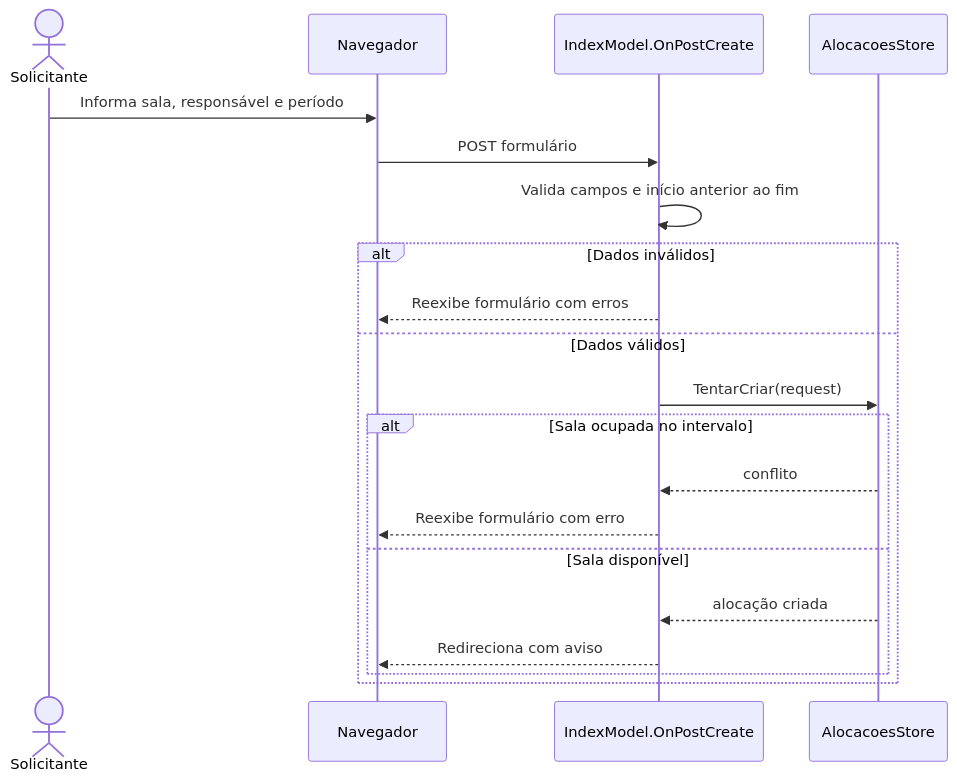
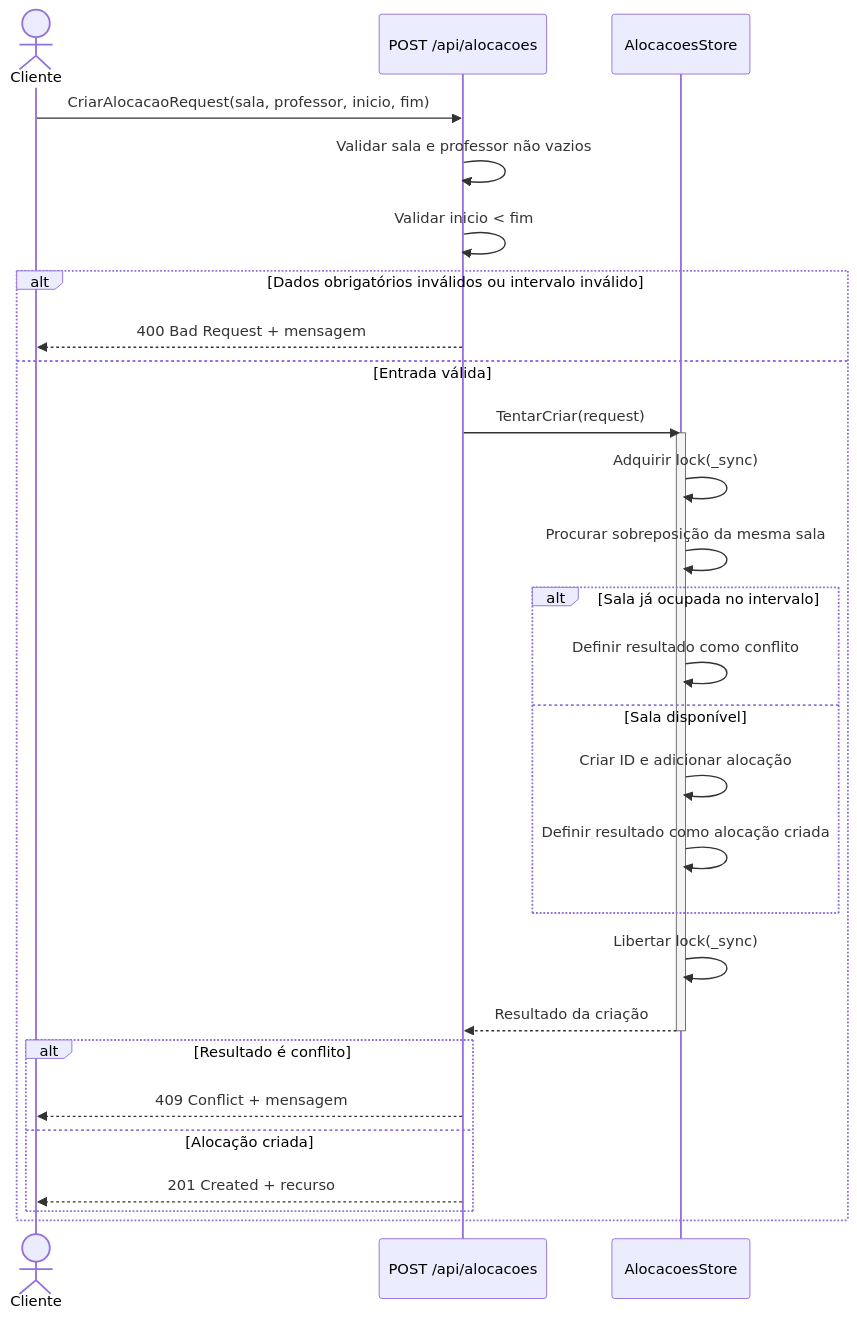
One commit to tiphy/projeto-QA changed the first of 4 diagrams in prd/fluxos-sequencia.md. Above: the diagram before and after it, drawn with Mermaid. The commit also changed other lines of this file and 3 other files, not shown here.

Commit message:
diagramas C4, sequências críticas e ADRs

````diff
--- a/prd/fluxos-sequencia.md
+++ b/prd/fluxos-sequencia.md
@@ -5,22 +9,31 @@
 ```mermaid
 sequenceDiagram
-    actor Solicitante
-    participant UI as Navegador
-    participant Page as IndexModel.OnPostCreate
+    actor Cliente
+    participant API as POST /api/alocacoes
     participant Store as AlocacoesStore
-    Solicitante->>UI: Informa sala, responsável e período
-    UI->>Page: POST formulário
-    Page->>Page: Valida campos e início anterior ao fim
-    alt Dados inválidos
-        Page-->>UI: Reexibe formulário com erros
-    else Dados válidos
-        Page->>Store: TentarCriar(request)
-        alt Sala ocupada no intervalo
-            Store-->>Page: conflito
-            Page-->>UI: Reexibe formulário com erro
+    Cliente->>API: CriarAlocacaoRequest(sala, professor, inicio, fim)
+    API->>API: Validar sala e professor não vazios
+    API->>API: Validar inicio < fim
+    alt Dados obrigatórios inválidos ou intervalo inválido
+        API-->>Cliente: 400 Bad Request + mensagem
+    else Entrada válida
+        API->>Store: TentarCriar(request)
+        activate Store
+        Store->>Store: Adquirir lock(_sync)
+        Store->>Store: Procurar sobreposição da mesma sala
+        alt Sala já ocupada no intervalo
+            Store->>Store: Definir resultado como conflito
         else Sala disponível
-            Store-->>Page: alocação criada
-            Page-->>UI: Redireciona com aviso
+            Store->>Store: Criar ID e adicionar alocação
+            Store->>Store: Definir resultado como alocação criada
+        end
+        Store->>Store: Libertar lock(_sync)
+        Store-->>API: Resultado da criação
+        deactivate Store
+        alt Resultado é conflito
+            API-->>Cliente: 409 Conflict + mensagem
+        else Alocação criada
+            API-->>Cliente: 201 Created + recurso
         end
     end
 ```
````
